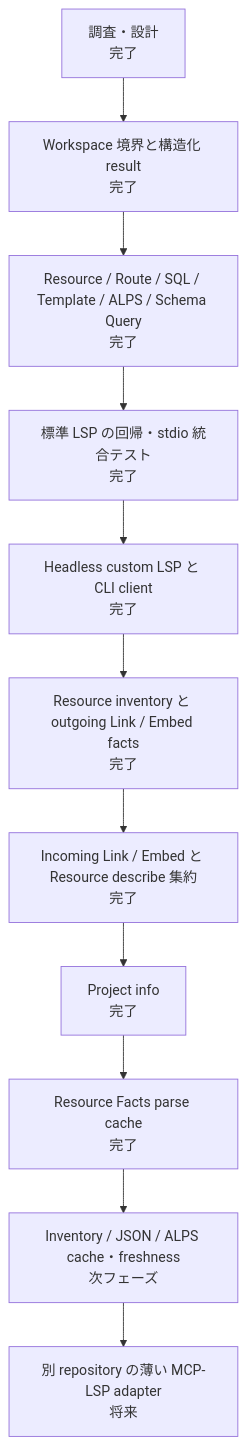
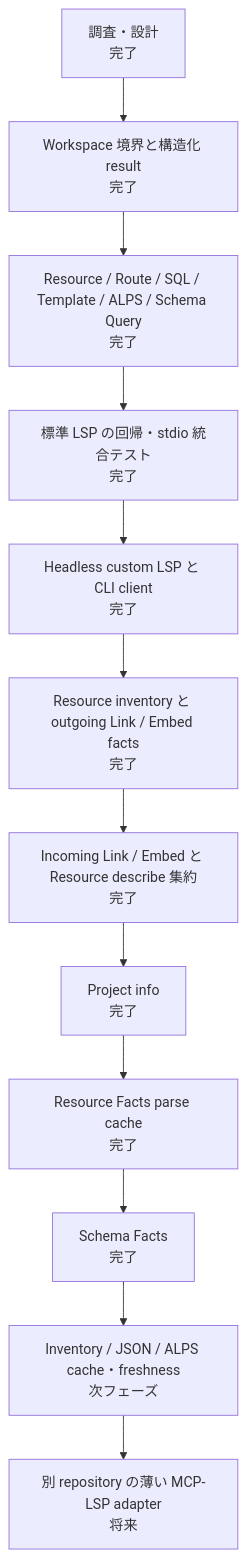
Before and after one commit to suzumaze/bear-phpactor-extension: the second of 2 diagrams in docs/semantic-lsp-progress.ja.md, drawn with Mermaid. The commit also changed other lines of this file and 14 other files, not shown here.

Commit message:
feat: expose bounded schema facts

````diff
--- a/docs/semantic-lsp-progress.ja.md
+++ b/docs/semantic-lsp-progress.ja.md
@@ -31,16 +31,17 @@
 ```mermaid
 flowchart TD
     p0["調査・設計\n完了"]
     p1["Workspace 境界と構造化 result\n完了"]
     p2["Resource / Route / SQL / Template / ALPS / Schema Query\n完了"]
     p3["標準 LSP の回帰・stdio 統合テスト\n完了"]
     p4["Headless custom LSP と CLI client\n完了"]
     p5["Resource inventory と outgoing Link / Embed facts\n完了"]
     p6["Incoming Link / Embed と Resource describe 集約\n完了"]
     p7["Project info\n完了"]
     p75["Resource Facts parse cache\n完了"]
-    p76["Inventory / JSON / ALPS cache・freshness\n次フェーズ"]
+    p76["Schema Facts\n完了"]
+    p77["Inventory / JSON / ALPS cache・freshness\n次フェーズ"]
     p8["別 repository の薄い MCP-LSP adapter\n将来"]
 
-    p0 --> p1 --> p2 --> p3 --> p4 --> p5 --> p6 --> p7 --> p75 --> p76 --> p8
+    p0 --> p1 --> p2 --> p3 --> p4 --> p5 --> p6 --> p7 --> p75 --> p76 --> p77 --> p8
 ```
````
